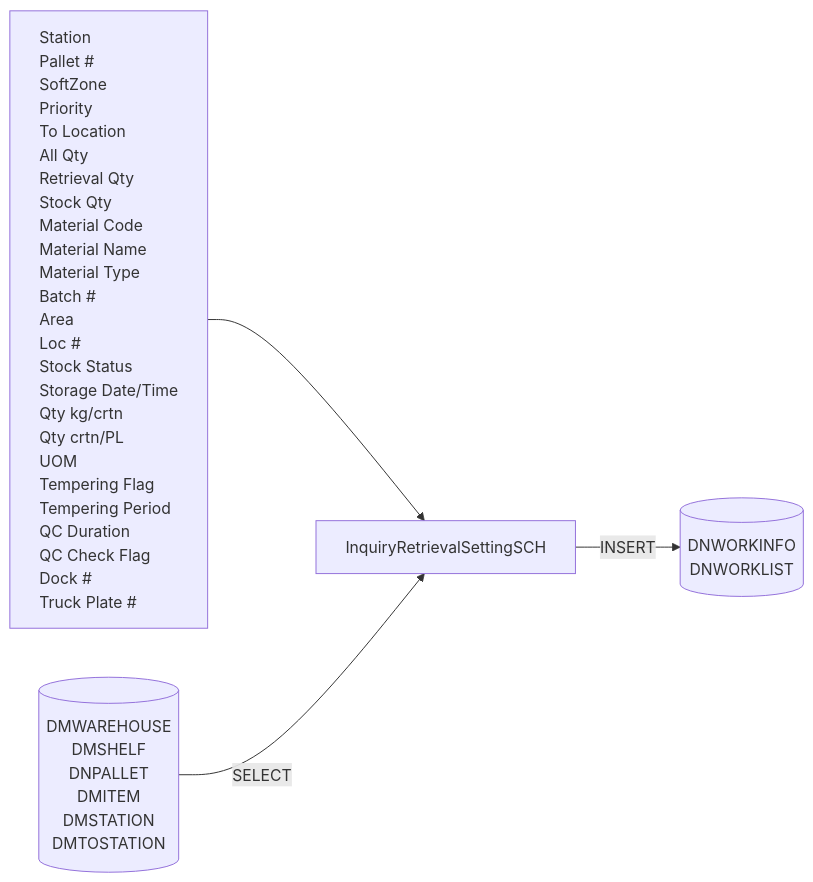
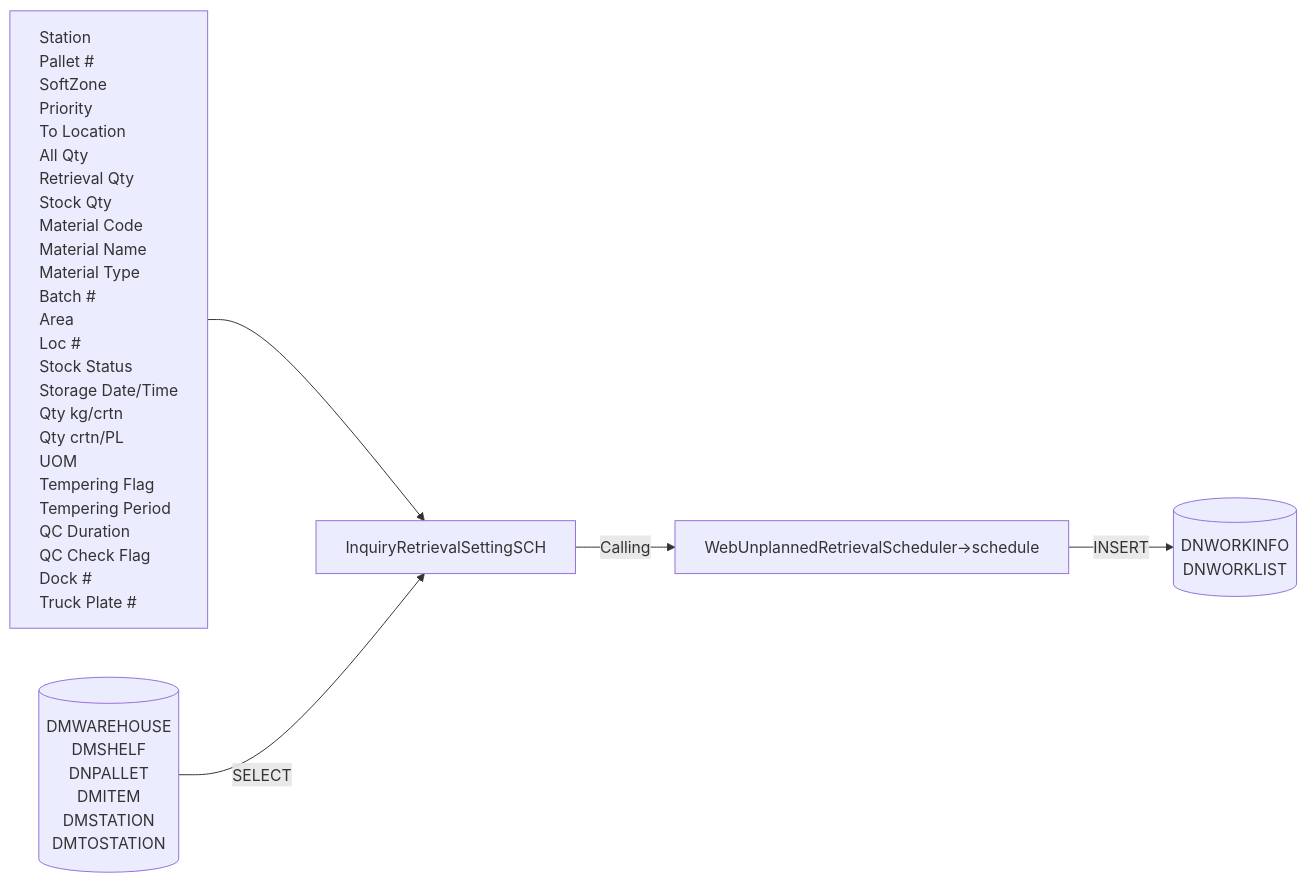
Before and after one commit to luthfiadityaa/SimeDarby-Wiki: the third of 11 diagrams in Basic-Design/DFD-WMS/Retrieval/Unplanned-Retrieval-to-HP-Area.md, drawn with Mermaid.

Commit message:
Updated Unplanned Retrieval to HP Area

```diff
--- a/Basic-Design/DFD-WMS/Retrieval/Unplanned-Retrieval-to-HP-Area.md
+++ b/Basic-Design/DFD-WMS/Retrieval/Unplanned-Retrieval-to-HP-Area.md
@@ -109,52 +109,52 @@
 ::: mermaid
 flowchart LR
     input[
         Station
         Pallet #
         SoftZone
         Priority
         To Location
         All Qty
         Retrieval Qty
         Stock Qty
         Material Code
         Material Name
         Material Type
         Batch #
         Area
         Loc #
         Stock Status
         Storage Date/Time
         Qty kg/crtn
         Qty crtn/PL
         UOM
         Tempering Flag
         Tempering Period
         QC Duration
         QC Check Flag
         Dock #
         Truck Plate #  
     ]
 
     tableList-insert[("
         DNWORKINFO
         DNWORKLIST
     ")]
 
      tableList-select[("
         DMWAREHOUSE
         DMSHELF
         DNPALLET
         DMITEM
         DMSTATION
         DMTOSTATION
     ")]
 
     className[InquiryRetrievalSettingSCH]
-
-    input --> className --> |INSERT| tableList-insert
+    className--> |Calling| className2[WebUnplannedRetrievalScheduler→schedule] --> |INSERT| tableList-insert
+    input --> className 
     tableList-select --> |SELECT| className
 
     classDef leftAlign text-align:left;
     class input leftAlign;
 :::
```
